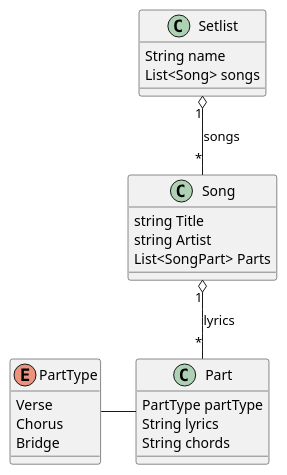
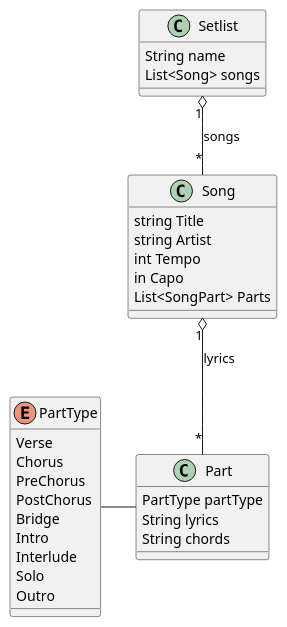
Before and after one commit to vossie65/sing-it: the diagram in model.plantuml, drawn with PlantUML. The commit also changed 4 other files, not shown here.

```diff
--- a/model.plantuml
+++ b/model.plantuml
@@ -1,32 +1,40 @@
 @startuml
 
 enum PartType {
   Verse
   Chorus
+  PreChorus
+  PostChorus
   Bridge
+  Intro
+  Interlude
+  Solo
+  Outro
 }
 
 class Part {
     PartType partType
     String lyrics
     String chords
 }
 
 class Song {
     string Title
     string Artist
+    int Tempo
+    in Capo
     List<SongPart> Parts
 }
 
 class Setlist {
     String name
     List<Song> songs
 }
 
 
 
 Song "1" o-- "*" Part : lyrics
 PartType -r-- Part
 Setlist "1" o-- "*" Song : songs
 
 @enduml
```
